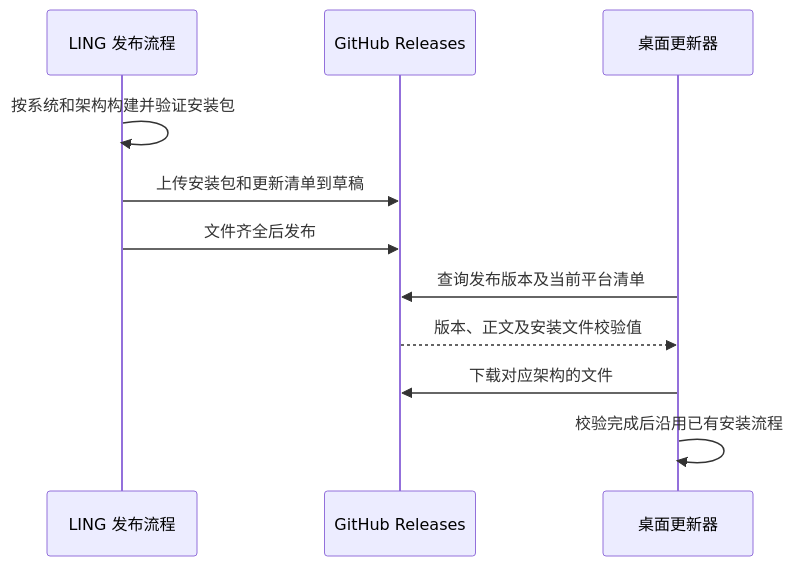
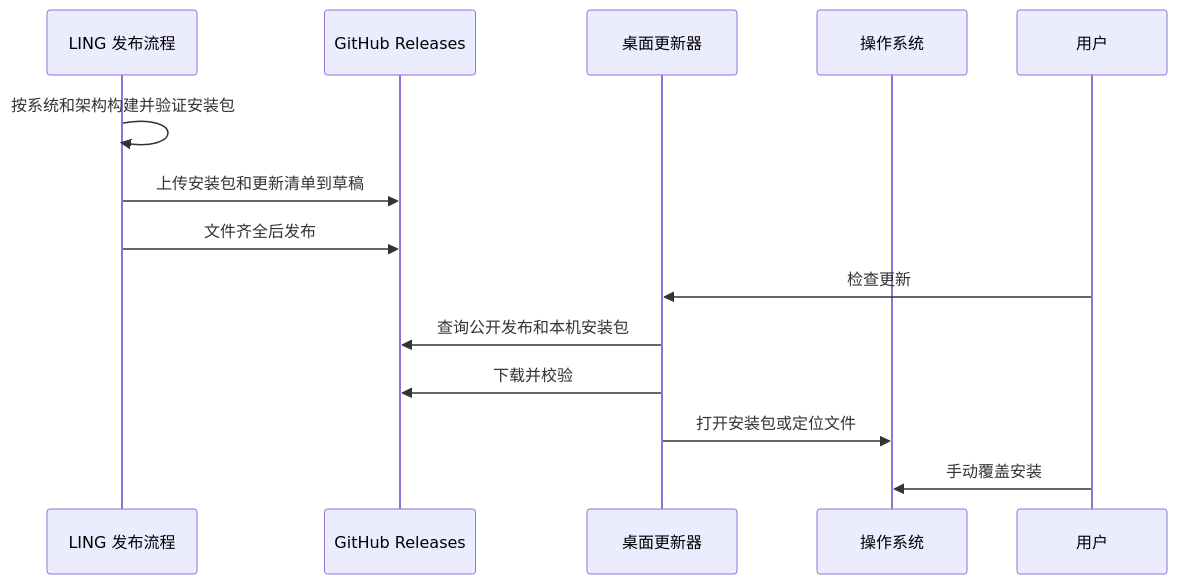
One commit to aqcool/ling-desktop changed the diagram in docs/desktop/ling-github-updates.md. Above: the diagram before and after it, drawn with Mermaid. The commit also changed other lines of this file and 13 other files, not shown here.

````diff
--- a/docs/desktop/ling-github-updates.md
+++ b/docs/desktop/ling-github-updates.md
@@ -7,13 +11,16 @@
 ```mermaid
 sequenceDiagram
   participant CI as LING 发布流程
   participant GH as GitHub Releases
   participant Main as 桌面更新器
+  participant System as 操作系统
+  participant User as 用户
   CI->>CI: 按系统和架构构建并验证安装包
   CI->>GH: 上传安装包和更新清单到草稿
   CI->>GH: 文件齐全后发布
-  Main->>GH: 查询发布版本及当前平台清单
-  GH-->>Main: 版本、正文及安装文件校验值
-  Main->>GH: 下载对应架构的文件
-  Main->>Main: 校验完成后沿用已有安装流程
+  User->>Main: 检查更新
+  Main->>GH: 查询公开发布和本机安装包
+  Main->>GH: 下载并校验
+  Main->>System: 打开安装包或定位文件
+  User->>System: 手动覆盖安装
 ```
````
